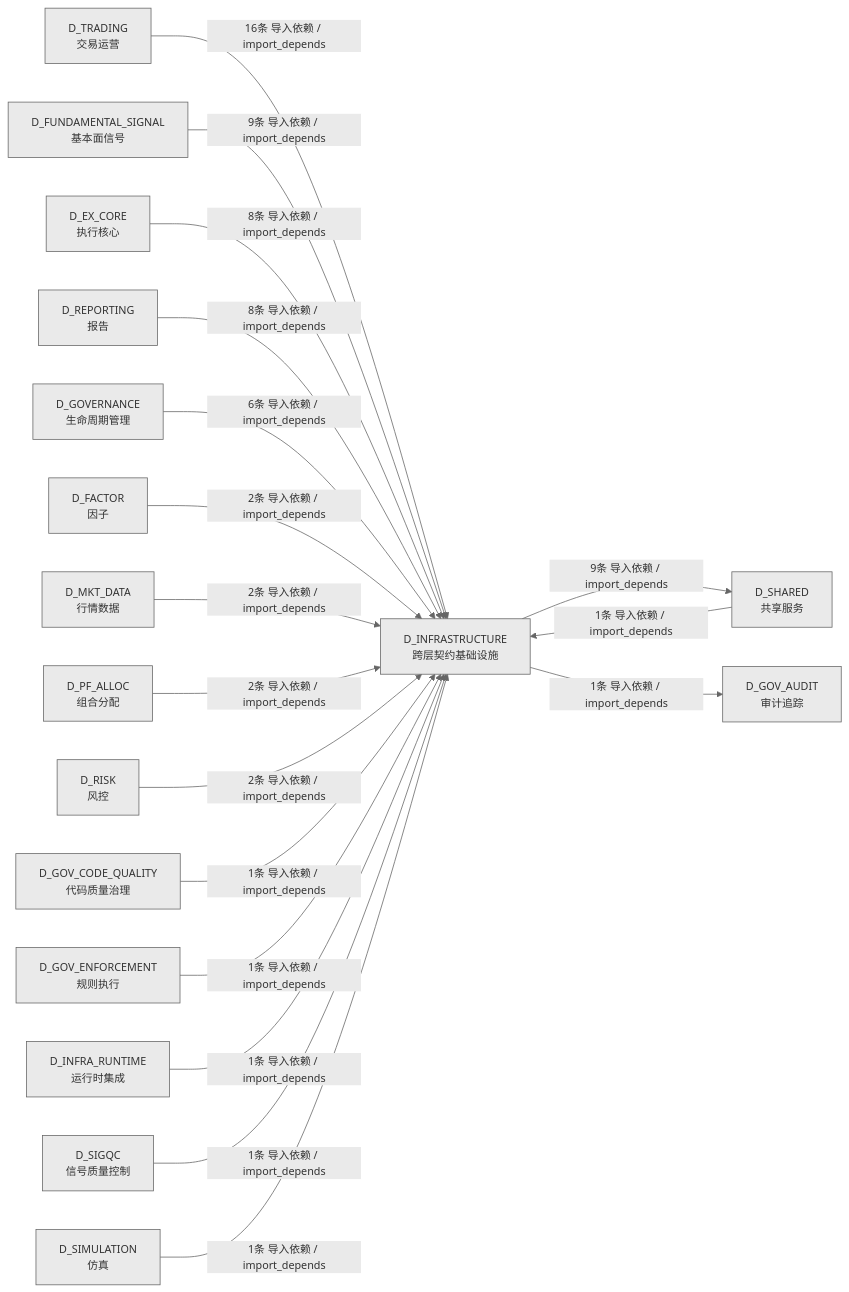
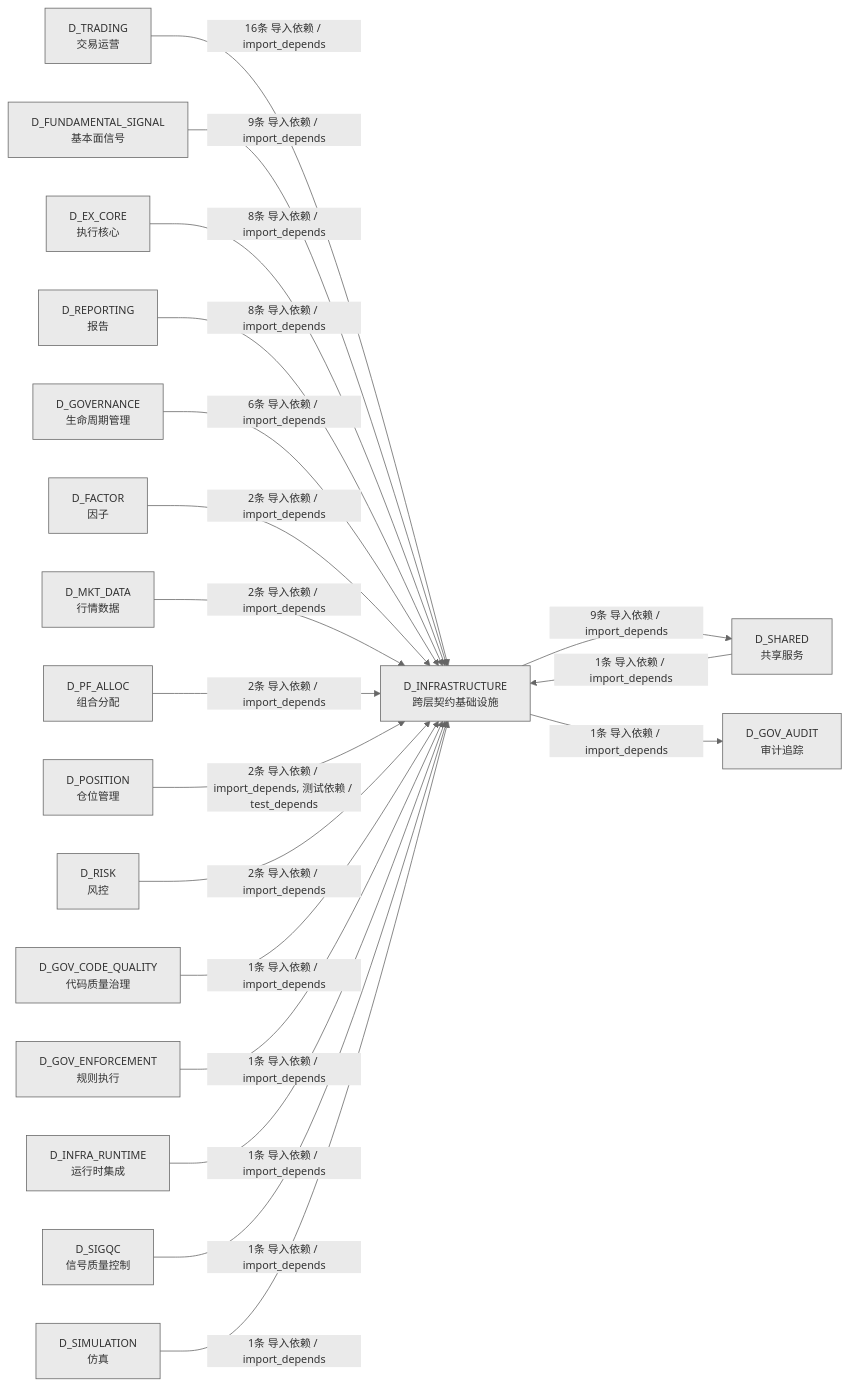
One commit to xuanFelixVan/ZephyrAlpha changed the third of 3 diagrams in docs/02_enterprise_architecture/02_domain_architecture_docs/02_d_infrastructure.md. Above: the diagram before and after it, drawn with Mermaid. The commit also changed other lines of this file and 45 other files, not shown here.

````diff
--- a/docs/02_enterprise_architecture/02_domain_architecture_docs/02_d_infrastructure.md
+++ b/docs/02_enterprise_architecture/02_domain_architecture_docs/02_d_infrastructure.md
@@ -305,38 +307,40 @@
 ```mermaid
 %%{init: {'theme': 'base', 'themeVariables': {'primaryColor': '#eaeaea', 'primaryTextColor': '#333333', 'primaryBorderColor': '#666666', 'lineColor': '#666666', 'secondaryColor': '#eaeaea', 'tertiaryColor': '#eaeaea', 'fontSize': '14px'}}}%%
 graph LR
     D_INFRASTRUCTURE["D_INFRASTRUCTURE<br/>跨层契约基础设施"]
     D_SHARED["D_SHARED<br/>共享服务"]
     D_GOV_AUDIT["D_GOV_AUDIT<br/>审计追踪"]
     D_TRADING["D_TRADING<br/>交易运营"]
     D_FUNDAMENTAL_SIGNAL["D_FUNDAMENTAL_SIGNAL<br/>基本面信号"]
     D_EX_CORE["D_EX_CORE<br/>执行核心"]
     D_REPORTING["D_REPORTING<br/>报告"]
     D_GOVERNANCE["D_GOVERNANCE<br/>生命周期管理"]
     D_FACTOR["D_FACTOR<br/>因子"]
     D_MKT_DATA["D_MKT_DATA<br/>行情数据"]
     D_PF_ALLOC["D_PF_ALLOC<br/>组合分配"]
+    D_POSITION["D_POSITION<br/>仓位管理"]
     D_RISK["D_RISK<br/>风控"]
     D_GOV_CODE_QUALITY["D_GOV_CODE_QUALITY<br/>代码质量治理"]
     D_GOV_ENFORCEMENT["D_GOV_ENFORCEMENT<br/>规则执行"]
     D_INFRA_RUNTIME["D_INFRA_RUNTIME<br/>运行时集成"]
     D_SIGQC["D_SIGQC<br/>信号质量控制"]
     D_SIMULATION["D_SIMULATION<br/>仿真"]
     D_INFRASTRUCTURE -->|9条 导入依赖 / import_depends| D_SHARED
     D_INFRASTRUCTURE -->|1条 导入依赖 / import_depends| D_GOV_AUDIT
     D_TRADING -->|16条 导入依赖 / import_depends| D_INFRASTRUCTURE
     D_FUNDAMENTAL_SIGNAL -->|9条 导入依赖 / import_depends| D_INFRASTRUCTURE
     D_EX_CORE -->|8条 导入依赖 / import_depends| D_INFRASTRUCTURE
     D_REPORTING -->|8条 导入依赖 / import_depends| D_INFRASTRUCTURE
     D_GOVERNANCE -->|6条 导入依赖 / import_depends| D_INFRASTRUCTURE
     D_FACTOR -->|2条 导入依赖 / import_depends| D_INFRASTRUCTURE
     D_MKT_DATA -->|2条 导入依赖 / import_depends| D_INFRASTRUCTURE
     D_PF_ALLOC -->|2条 导入依赖 / import_depends| D_INFRASTRUCTURE
+    D_POSITION -->|2条 导入依赖 / import_depends, 测试依赖 / test_depends| D_INFRASTRUCTURE
     D_RISK -->|2条 导入依赖 / import_depends| D_INFRASTRUCTURE
     D_GOV_CODE_QUALITY -->|1条 导入依赖 / import_depends| D_INFRASTRUCTURE
     D_GOV_ENFORCEMENT -->|1条 导入依赖 / import_depends| D_INFRASTRUCTURE
+    D_INFRA_RUNTIME -->|1条 导入依赖 / import_depends| D_INFRASTRUCTURE
     D_SHARED -->|1条 导入依赖 / import_depends| D_INFRASTRUCTURE
-    D_INFRA_RUNTIME -->|1条 导入依赖 / import_depends| D_INFRASTRUCTURE
     D_SIGQC -->|1条 导入依赖 / import_depends| D_INFRASTRUCTURE
     D_SIMULATION -->|1条 导入依赖 / import_depends| D_INFRASTRUCTURE
 ```
````
